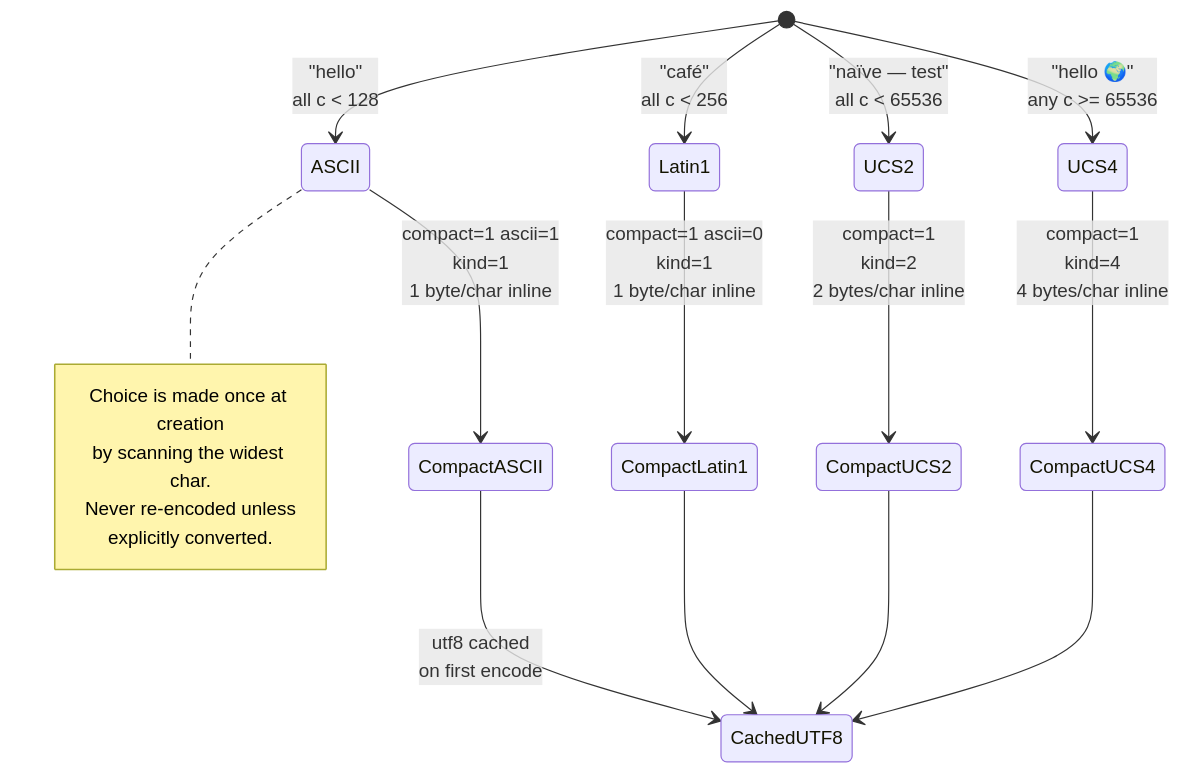
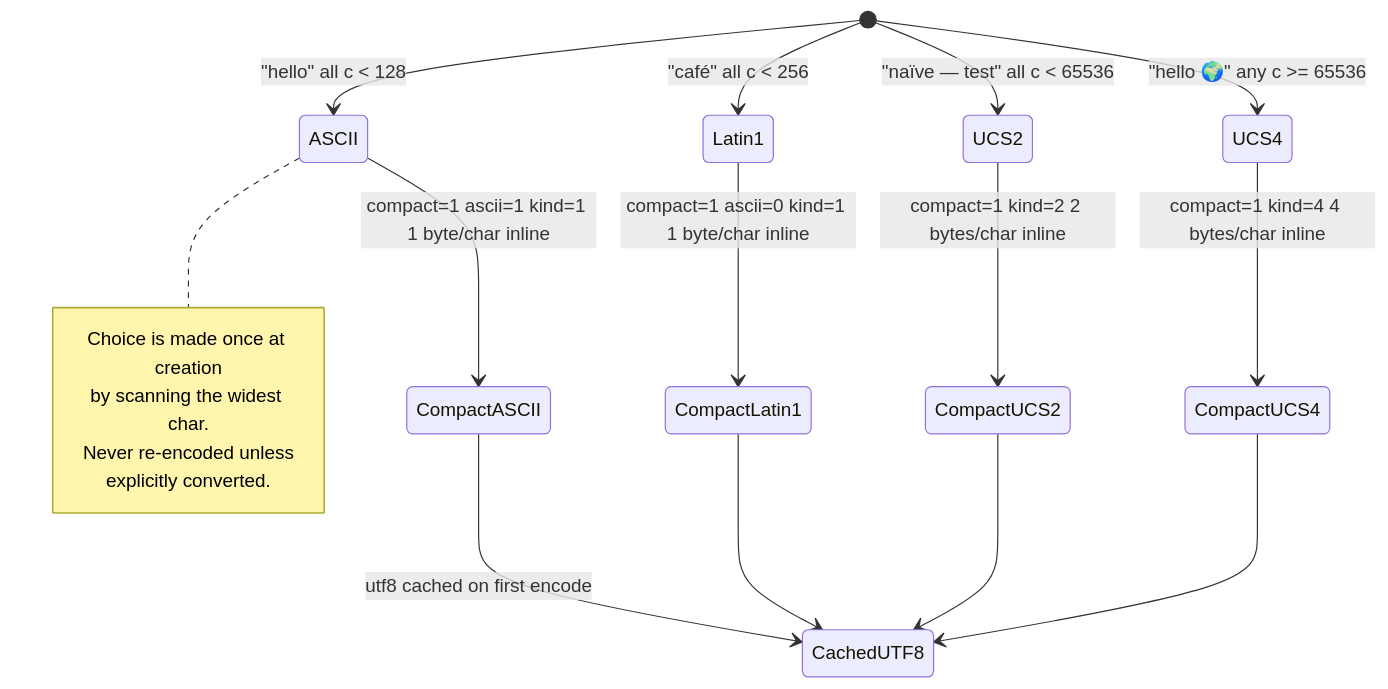
Before and after one commit to bumbsclaw/textbooks: the sixth of 8 diagrams in vol-16-python-cpython-internals/ch02-objects-refcount.md, drawn with Mermaid. The commit also changed other lines of this file and 9 other files, not shown here.

First line of the commit message:
fix(pdf, mermaid): syntax-highlighted code blocks + diagram label fixes

````diff
--- a/vol-16-python-cpython-internals/ch02-objects-refcount.md
+++ b/vol-16-python-cpython-internals/ch02-objects-refcount.md
@@ -815,24 +815,24 @@
 ```mermaid
 stateDiagram-v2
-    [*] --> ASCII: "hello"<br/>all c < 128
-    [*] --> Latin1: "café"<br/>all c < 256
-    [*] --> UCS2: "naïve — test"<br/>all c < 65536
-    [*] --> UCS4: "hello 🌍"<br/>any c >= 65536
+    [*] --> ASCII: "hello" all c < 128
+    [*] --> Latin1: "café" all c < 256
+    [*] --> UCS2: "naïve — test" all c < 65536
+    [*] --> UCS4: "hello 🌍" any c >= 65536
 
-    ASCII --> CompactASCII: compact=1 ascii=1<br/>kind=1<br/>1 byte/char inline
-    Latin1 --> CompactLatin1: compact=1 ascii=0<br/>kind=1<br/>1 byte/char inline
-    UCS2 --> CompactUCS2: compact=1<br/>kind=2<br/>2 bytes/char inline
-    UCS4 --> CompactUCS4: compact=1<br/>kind=4<br/>4 bytes/char inline
+    ASCII --> CompactASCII: compact=1 ascii=1 kind=1 1 byte/char inline
+    Latin1 --> CompactLatin1: compact=1 ascii=0 kind=1 1 byte/char inline
+    UCS2 --> CompactUCS2: compact=1 kind=2 2 bytes/char inline
+    UCS4 --> CompactUCS4: compact=1 kind=4 4 bytes/char inline
 
-    CompactASCII --> CachedUTF8: utf8 cached<br/>on first encode
+    CompactASCII --> CachedUTF8: utf8 cached on first encode
     CompactLatin1 --> CachedUTF8
     CompactUCS2 --> CachedUTF8
     CompactUCS4 --> CachedUTF8
 
     note right of ASCII
         Choice is made once at creation
         by scanning the widest char.
         Never re-encoded unless
         explicitly converted.
     end note
 ```
````
